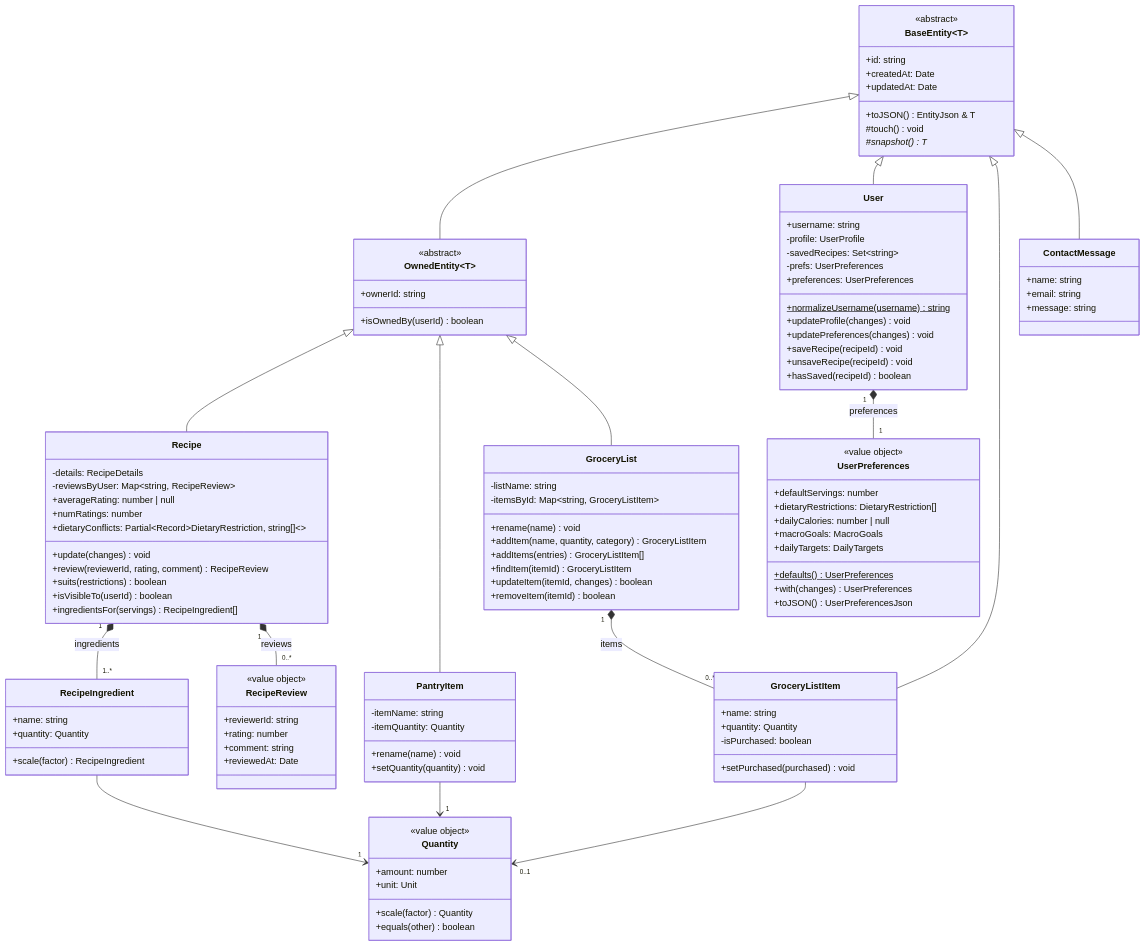
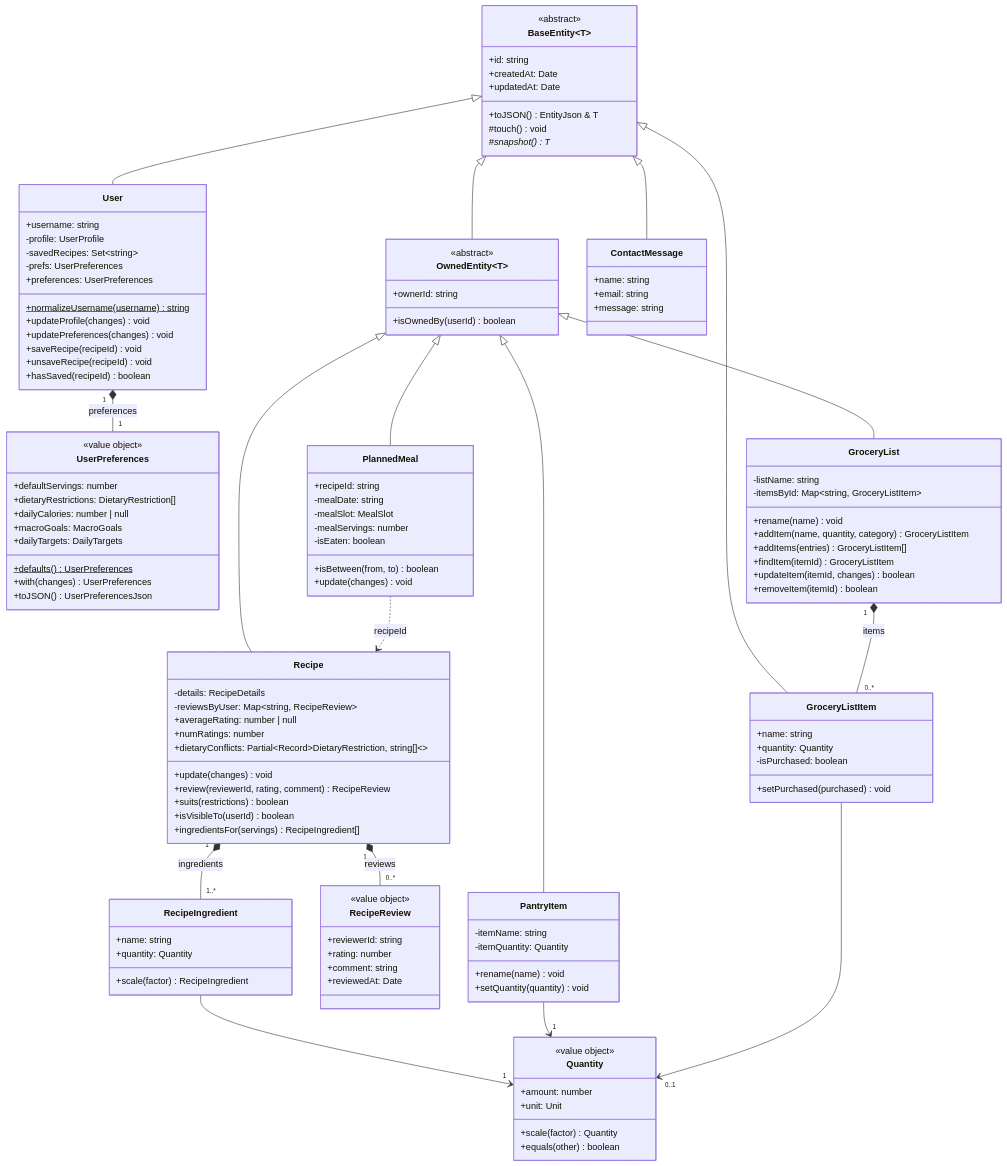
The second of 2 diagrams in docs/DESIGN.md (max1dyer/PlateUp), drawn with Mermaid before and after one commit. The commit also changed other lines of this file and 13 other files, not shown here.

```diff
--- a/docs/DESIGN.md
+++ b/docs/DESIGN.md
@@ -208,6 +209,15 @@
     +email: string
     +message: string
   }
+  class PlannedMeal {
+    +recipeId: string
+    -mealDate: string
+    -mealSlot: MealSlot
+    -mealServings: number
+    -isEaten: boolean
+    +isBetween(from, to) boolean
+    +update(changes) void
+  }
   class Quantity {
     <<value object>>
     +amount: number
@@ -223,10 +233,12 @@
   OwnedEntity <|-- Recipe
   OwnedEntity <|-- PantryItem
   OwnedEntity <|-- GroceryList
+  OwnedEntity <|-- PlannedMeal
   User "1" *-- "1" UserPreferences : preferences
   Recipe "1" *-- "1..*" RecipeIngredient : ingredients
   Recipe "1" *-- "0..*" RecipeReview : reviews
   GroceryList "1" *-- "0..*" GroceryListItem : items
+  PlannedMeal ..> Recipe : recipeId
   RecipeIngredient --> "1" Quantity
   PantryItem --> "1" Quantity
   GroceryListItem --> "0..1" Quantity
```
